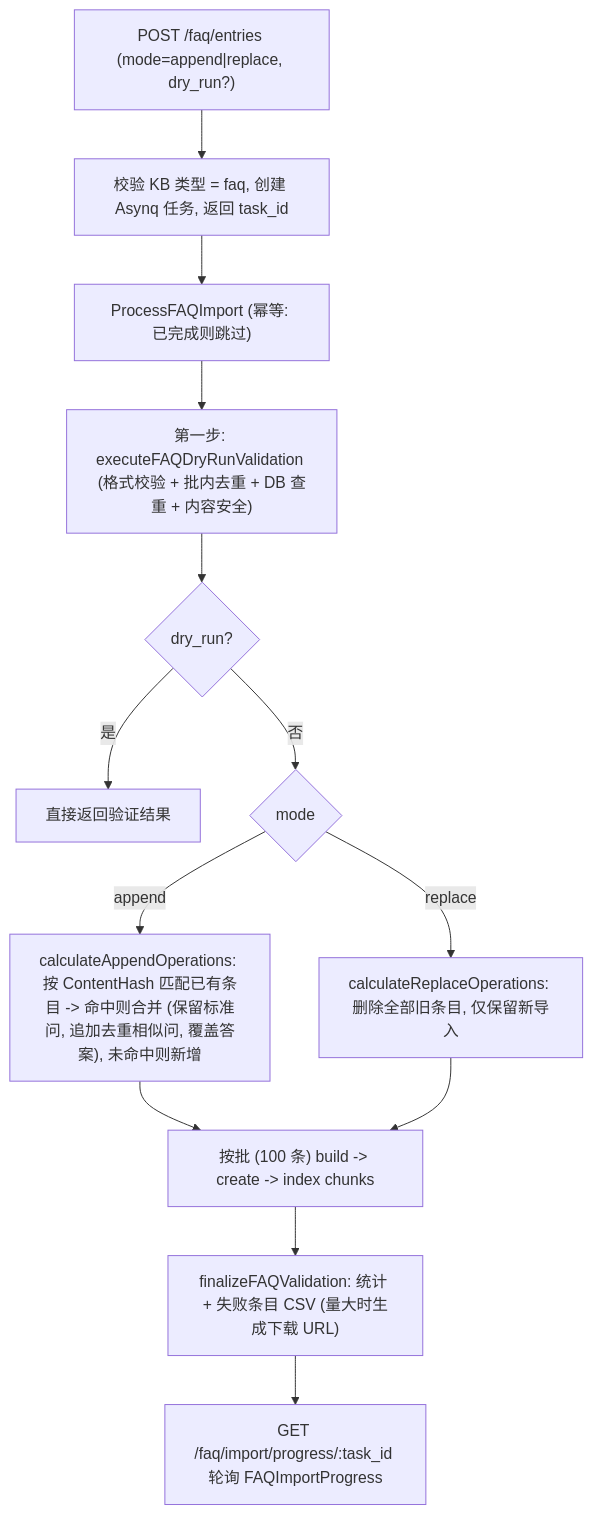
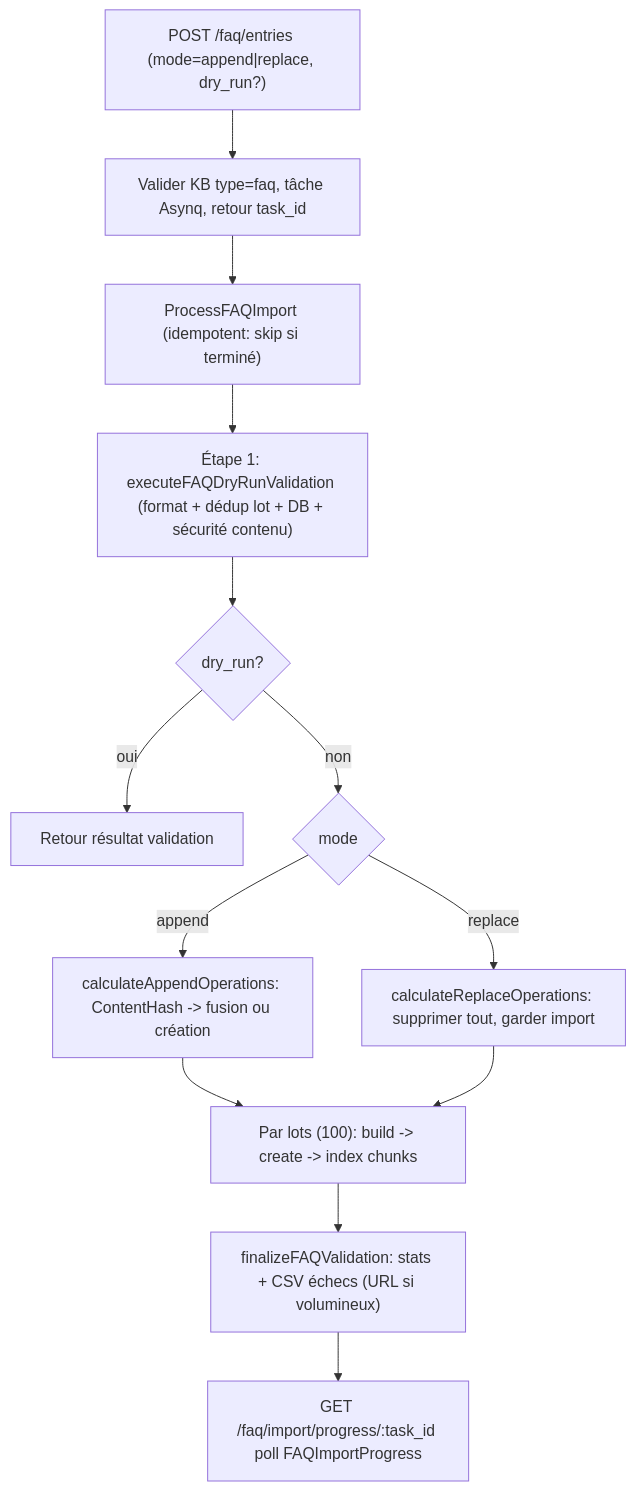
One commit to samiriggui-code/gsms-template changed the first of 2 diagrams in website-docs/03-features/17-faq.md. Above: the diagram before and after it, drawn with Mermaid. The commit also changed other lines of this file and 301 other files, not shown here.

````diff
--- a/website-docs/03-features/17-faq.md
+++ b/website-docs/03-features/17-faq.md
@@ -52,15 +52,15 @@
 ```mermaid
 flowchart TB
-    A["POST /faq/entries (mode=append|replace, dry_run?)"] --> B["校验 KB 类型 = faq, 创建 Asynq 任务, 返回 task_id"]
-    B --> C["ProcessFAQImport (幂等: 已完成则跳过)"]
-    C --> D["第一步: executeFAQDryRunValidation (格式校验 + 批内去重 + DB 查重 + 内容安全)"]
+    A["POST /faq/entries (mode=append|replace, dry_run?)"] --> B["Valider KB type=faq, tâche Asynq, retour task_id"]
+    B --> C["ProcessFAQImport (idempotent: skip si terminé)"]
+    C --> D["Étape 1: executeFAQDryRunValidation (format + dédup lot + DB + sécurité contenu)"]
     D --> E{"dry_run?"}
-    E -- "是" --> F["直接返回验证结果"]
-    E -- "否" --> G{"mode"}
-    G -- "append" --> H["calculateAppendOperations: 按 ContentHash 匹配已有条目 -> 命中则合并 (保留标准问, 追加去重相似问, 覆盖答案), 未命中则新增"]
-    G -- "replace" --> I["calculateReplaceOperations: 删除全部旧条目, 仅保留新导入"]
-    H --> J["按批 (100 条) build -> create -> index chunks"]
+    E -- "oui" --> F["Retour résultat validation"]
+    E -- "non" --> G{"mode"}
+    G -- "append" --> H["calculateAppendOperations: ContentHash -> fusion ou création"]
+    G -- "replace" --> I["calculateReplaceOperations: supprimer tout, garder import"]
+    H --> J["Par lots (100): build -> create -> index chunks"]
     I --> J
-    J --> K["finalizeFAQValidation: 统计 + 失败条目 CSV (量大时生成下载 URL)"]
-    K --> L["GET /faq/import/progress/:task_id 轮询 FAQImportProgress"]
+    J --> K["finalizeFAQValidation: stats + CSV échecs (URL si volumineux)"]
+    K --> L["GET /faq/import/progress/:task_id poll FAQImportProgress"]
 ```
````
